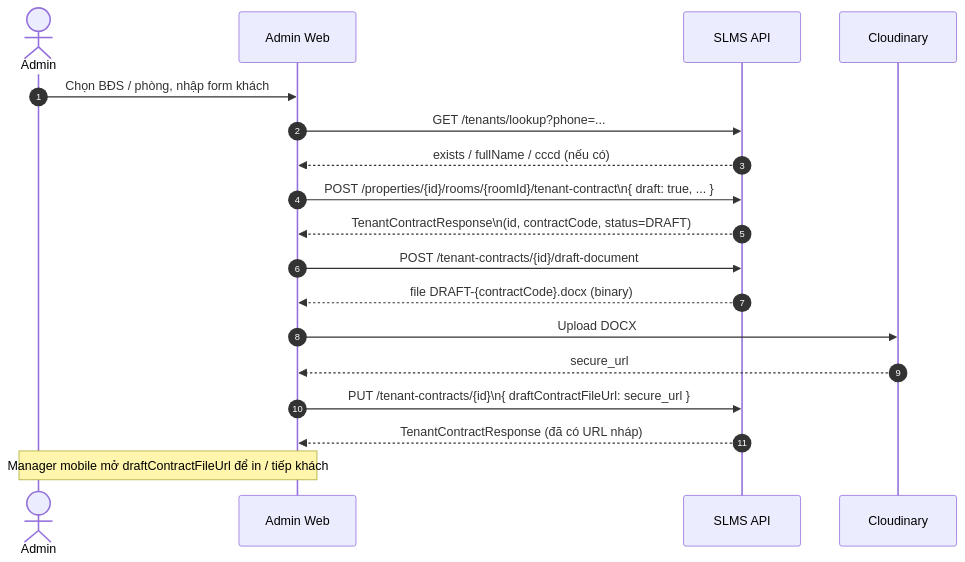
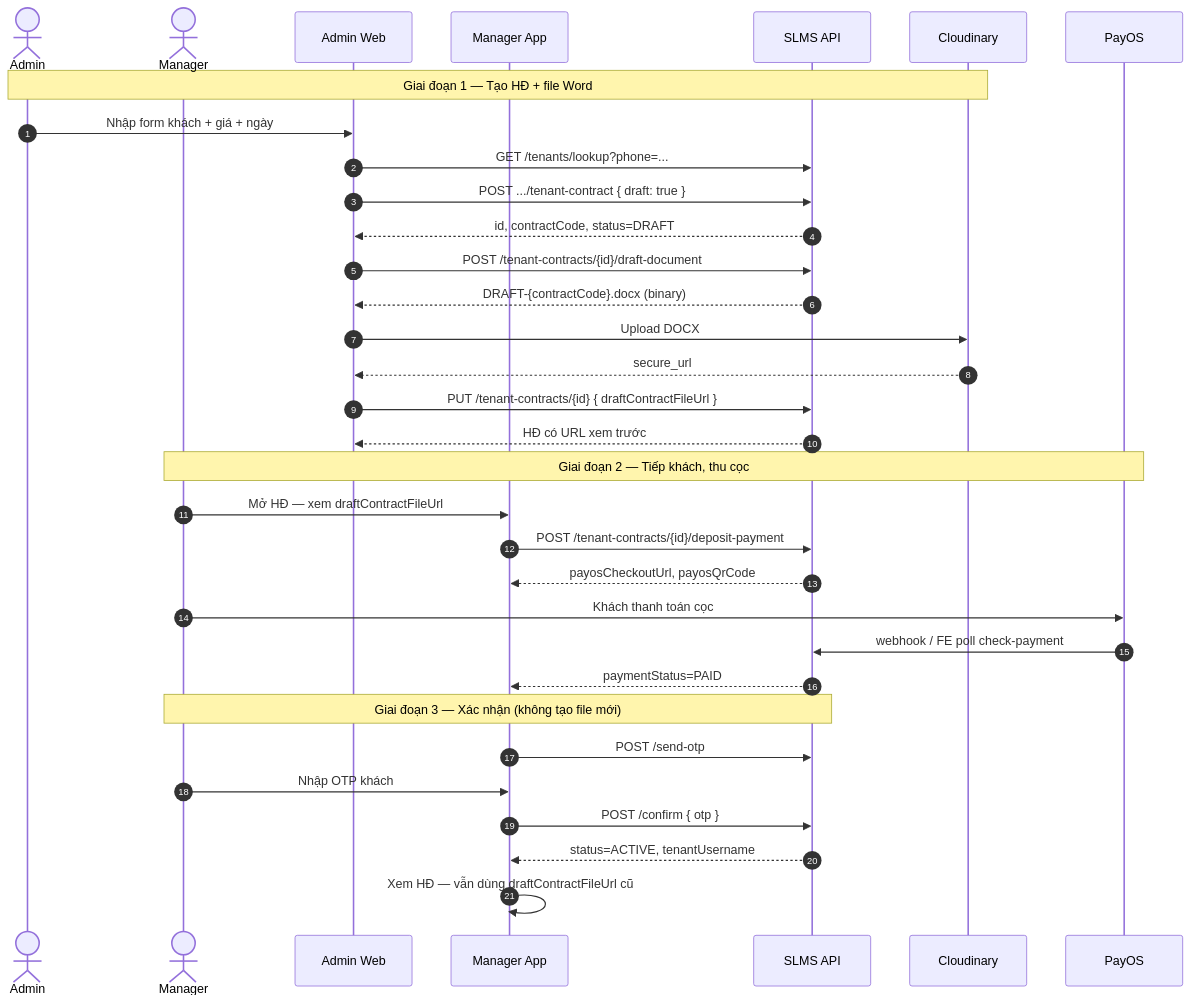
The second of 2 diagrams in docs/FE-tenant-draft-contract-document.md (gowahskoja113/Sub-leasing-managemant-system), drawn with Mermaid before and after one commit. The commit also changed other lines of this file and 15 other files, not shown here.

Commit message:
export docx draft contract 1

````diff
--- a/docs/FE-tenant-draft-contract-document.md
+++ b/docs/FE-tenant-draft-contract-document.md
@@ -43,26 +83,44 @@
 ```mermaid
 sequenceDiagram
     autonumber
     actor Admin
-    participant FE as Admin Web
+    actor Manager
+    participant FE_A as Admin Web
+    participant FE_M as Manager App
     participant API as SLMS API
     participant CL as Cloudinary
+    participant PayOS as PayOS
 
-    Admin->>FE: Chọn BĐS / phòng, nhập form khách
-    FE->>API: GET /tenants/lookup?phone=...
-    API-->>FE: exists / fullName / cccd (nếu có)
+    Note over Admin,CL: Giai đoạn 1 — Tạo HĐ + file Word
 
-    FE->>API: POST /properties/{id}/rooms/{roomId}/tenant-contract\n{ draft: true, ... }
-    API-->>FE: TenantContractResponse\n(id, contractCode, status=DRAFT)
+    Admin->>FE_A: Nhập form khách + giá + ngày
+    FE_A->>API: GET /tenants/lookup?phone=...
+    FE_A->>API: POST .../tenant-contract { draft: true }
+    API-->>FE_A: id, contractCode, status=DRAFT
 
-    FE->>API: POST /tenant-contracts/{id}/draft-document
-    API-->>FE: file DRAFT-{contractCode}.docx (binary)
+    FE_A->>API: POST /tenant-contracts/{id}/draft-document
+    API-->>FE_A: DRAFT-{contractCode}.docx (binary)
 
-    FE->>CL: Upload DOCX
-    CL-->>FE: secure_url
+    FE_A->>CL: Upload DOCX
+    CL-->>FE_A: secure_url
+    FE_A->>API: PUT /tenant-contracts/{id} { draftContractFileUrl }
+    API-->>FE_A: HĐ có URL xem trước
 
-    FE->>API: PUT /tenant-contracts/{id}\n{ draftContractFileUrl: secure_url }
-    API-->>FE: TenantContractResponse (đã có URL nháp)
+    Note over Manager,PayOS: Giai đoạn 2 — Tiếp khách, thu cọc
 
-    Note over Admin,FE: Manager mobile mở draftContractFileUrl để in / tiếp khách
+    Manager->>FE_M: Mở HĐ — xem draftContractFileUrl
+    FE_M->>API: POST /tenant-contracts/{id}/deposit-payment
+    API-->>FE_M: payosCheckoutUrl, payosQrCode
+    Manager->>PayOS: Khách thanh toán cọc
+    PayOS->>API: webhook / FE poll check-payment
+    API-->>FE_M: paymentStatus=PAID
+
+    Note over Manager,API: Giai đoạn 3 — Xác nhận (không tạo file mới)
+
+    FE_M->>API: POST /send-otp
+    Manager->>FE_M: Nhập OTP khách
+    FE_M->>API: POST /confirm { otp }
+    API-->>FE_M: status=ACTIVE, tenantUsername
+
+    FE_M->>FE_M: Xem HĐ — vẫn dùng draftContractFileUrl cũ
 ```
````
